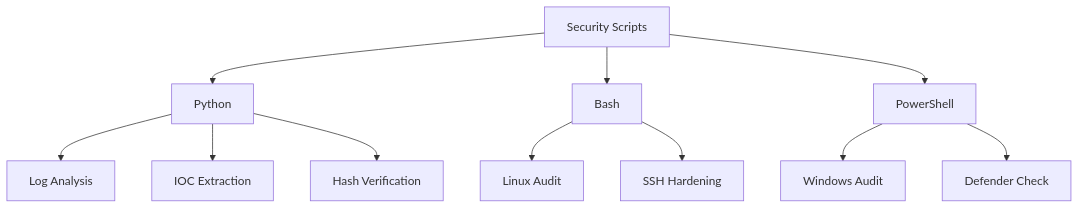
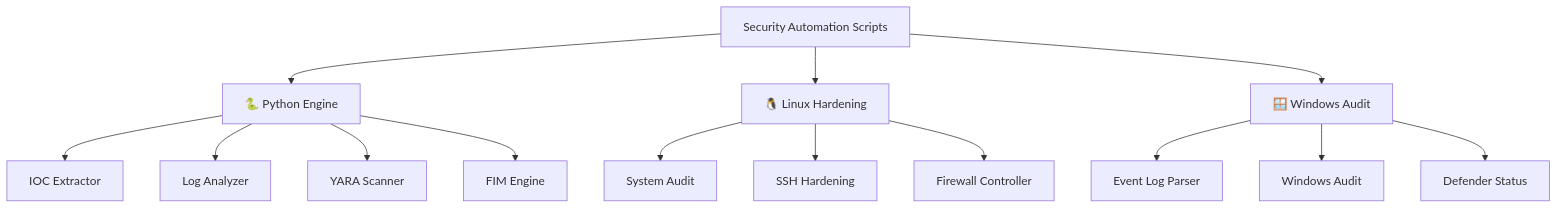
One commit to kongali1720/Security-Automation-Scripts changed the diagram in README.md. Above: the diagram before and after it, drawn with Mermaid. The commit also changed other lines of this file, not shown here.

````diff
--- a/README.md
+++ b/README.md
@@ -266,19 +60,22 @@
 ```mermaid
-flowchart TB
+graph TD
 
-A[Security Scripts]
+Root[Security Automation Scripts]
 
-A --> B[Python]
-A --> C[Bash]
-A --> D[PowerShell]
+Root --> PY[🐍 Python Engine]
+Root --> SH[🐧 Linux Hardening]
+Root --> PS[🪟 Windows Audit]
 
-B --> E[Log Analysis]
-B --> F[IOC Extraction]
-B --> G[Hash Verification]
+PY --> PY1[IOC Extractor]
+PY --> PY2[Log Analyzer]
+PY --> PY3[YARA Scanner]
+PY --> PY4[FIM Engine]
 
-C --> H[Linux Audit]
-C --> I[SSH Hardening]
+SH --> SH1[System Audit]
+SH --> SH2[SSH Hardening]
+SH --> SH3[Firewall Controller]
 
-D --> J[Windows Audit]
-D --> K[Defender Check]
+PS --> PS1[Event Log Parser]
+PS --> PS2[Windows Audit]
+PS --> PS3[Defender Status]
 ```
````
